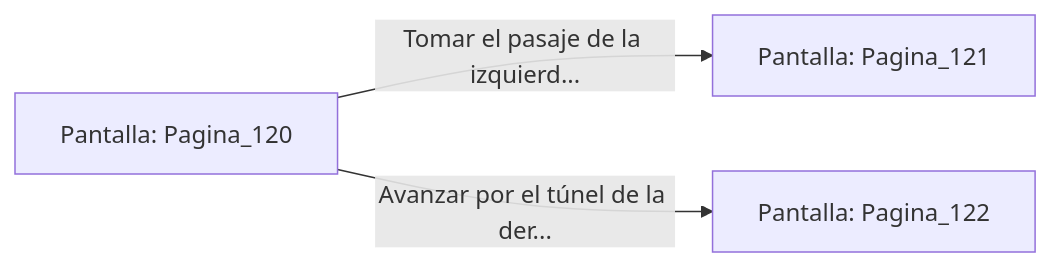
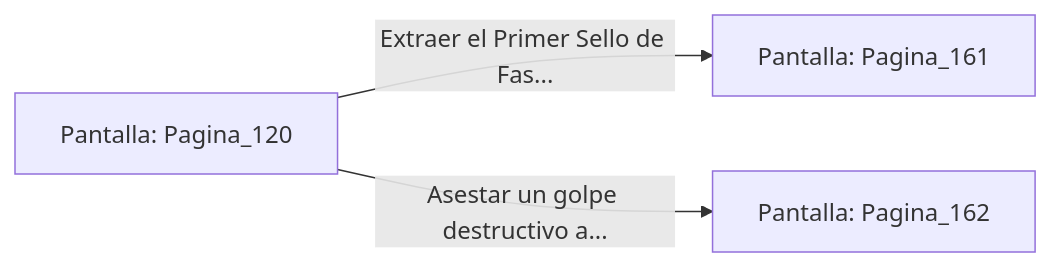
One commit to metsuke/mpl changed the diagram in sample/eligejuego-vault/Pantalla_Pagina_120.md. Above: the diagram before and after it, drawn with Mermaid. The commit also changed other lines of this file and 635 other files, not shown here.

First line of the commit message:
fix: añadir Pagina_1 como pantalla inicial en capitulo_01.mpl

````diff
--- a/sample/eligejuego-vault/Pantalla_Pagina_120.md
+++ b/sample/eligejuego-vault/Pantalla_Pagina_120.md
@@ -20,6 +22,6 @@
 ```mermaid
 graph LR
     P_Pagina_120["Pantalla: Pagina_120"]
-    P_Pagina_120 -->|"Tomar el pasaje de la izquierd..."| P_Pagina_121["Pantalla: Pagina_121"]
-    P_Pagina_120 -->|"Avanzar por el túnel de la der..."| P_Pagina_122["Pantalla: Pagina_122"]
+    P_Pagina_120 -->|"Extraer el Primer Sello de Fas..."| P_Pagina_161["Pantalla: Pagina_161"]
+    P_Pagina_120 -->|"Asestar un golpe destructivo a..."| P_Pagina_162["Pantalla: Pagina_162"]
 ```
````
